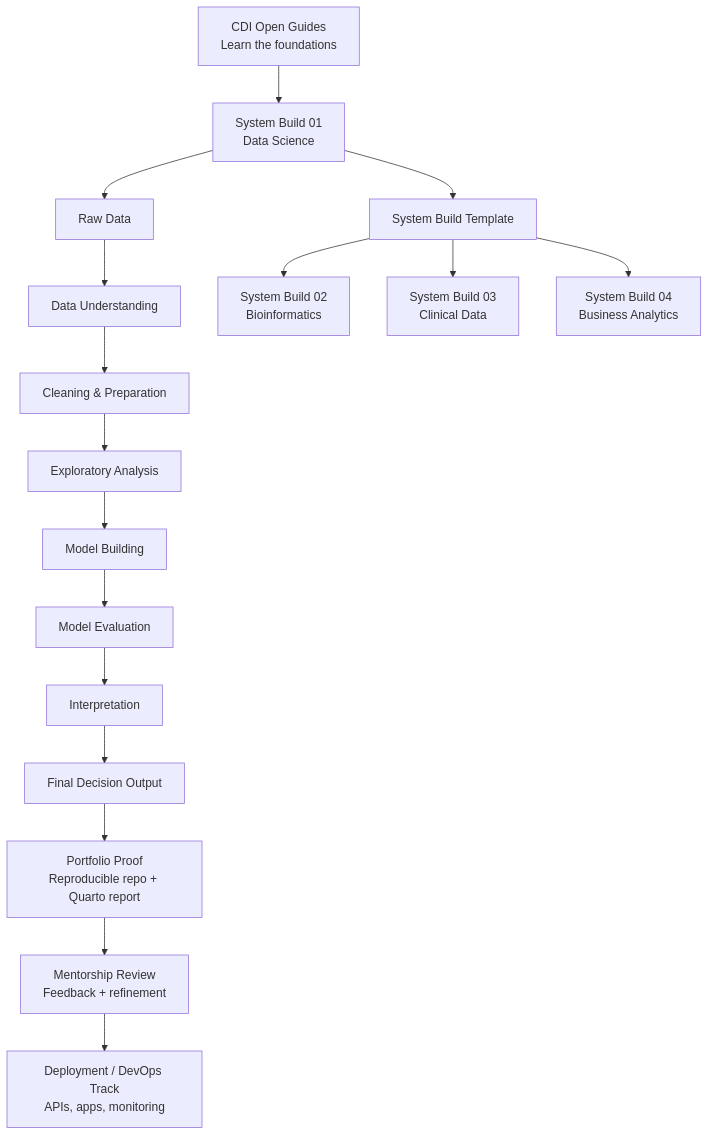
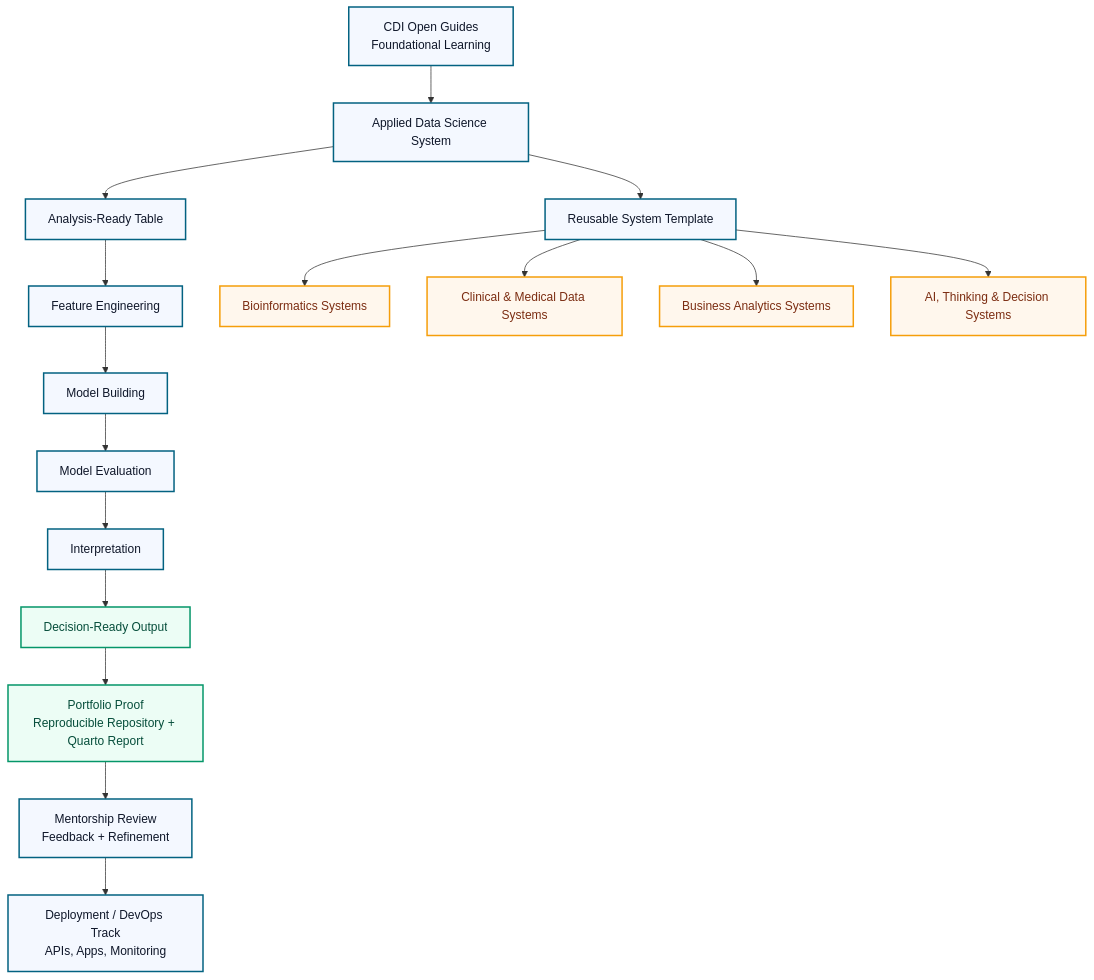
The third of 3 diagrams in 00-preface.qmd (datainsights/applied-data-science), drawn with Mermaid before and after one commit. The commit also changed other lines of this file and 59 other files, not shown here.

````diff
--- a/00-preface.qmd
+++ b/00-preface.qmd
@@ -154,23 +231,31 @@
 ```{mermaid}
 flowchart TD
 
-A[CDI Open Guides<br/>Learn the foundations] --> B[System Build 01<br/>Data Science]
+  A[CDI Open Guides<br/>Foundational Learning] --> B[Applied Data Science System]
 
-B --> C[Raw Data]
-C --> D[Data Understanding]
-D --> E[Cleaning & Preparation]
-E --> F[Exploratory Analysis]
-F --> G[Model Building]
-G --> H[Model Evaluation]
-H --> I[Interpretation]
-I --> J[Final Decision Output]
+  B --> C[Analysis-Ready Table]
+  C --> D[Feature Engineering]
+  D --> E[Model Building]
+  E --> F[Model Evaluation]
+  F --> G[Interpretation]
+  G --> H[Decision-Ready Output]
 
-J --> K[Portfolio Proof<br/>Reproducible repo + Quarto report]
-K --> L[Mentorship Review<br/>Feedback + refinement]
-L --> M[Deployment / DevOps Track<br/>APIs, apps, monitoring]
+  H --> I[Portfolio Proof<br/>Reproducible Repository + Quarto Report]
+  I --> J[Mentorship Review<br/>Feedback + Refinement]
+  J --> K[Deployment / DevOps Track<br/>APIs, Apps, Monitoring]
 
-B --> N[System Build Template]
-N --> O[System Build 02<br/>Bioinformatics]
-N --> P[System Build 03<br/>Clinical Data]
-N --> Q[System Build 04<br/>Business Analytics]
+  B --> L[Reusable System Template]
+
+  L --> M[Bioinformatics Systems]
+  L --> N[Clinical & Medical Data Systems]
+  L --> O[Business Analytics Systems]
+  L --> P[AI, Thinking & Decision Systems]
+
+  classDef core fill:#f4f8ff,stroke:#036281,stroke-width:2px,color:#0f172a;
+  classDef output fill:#ecfdf5,stroke:#059669,stroke-width:2px,color:#064e3b;
+  classDef pathway fill:#fff7ed,stroke:#f59e0b,stroke-width:2px,color:#7c2d12;
+
+  class A,B,C,D,E,F,G,H,I,J,K,L core;
+  class H,I output;
+  class M,N,O,P pathway;
 ```
````
